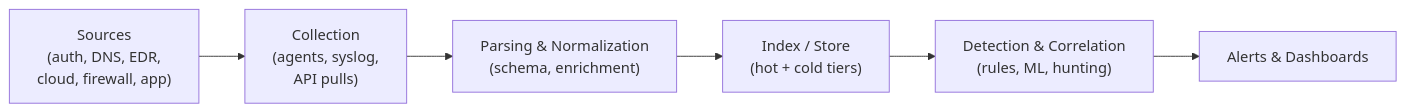
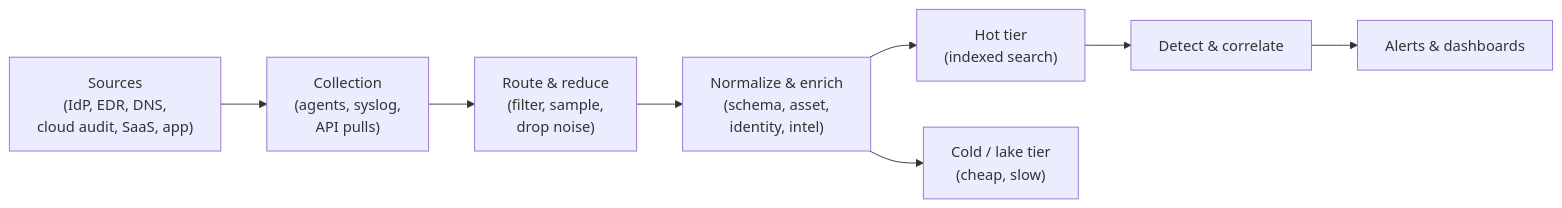
The second of 4 diagrams in github-pages/docs/technology/cybersecurity/security-operations.md (AndrewAltimit/Documentation), drawn with Mermaid before and after one commit. The commit also changed other lines of this file and 240 other files, not shown here.

````diff
--- a/github-pages/docs/technology/cybersecurity/security-operations.md
+++ b/github-pages/docs/technology/cybersecurity/security-operations.md
@@ -72,8 +88,10 @@
 ```mermaid
 flowchart LR
-    S["Sources<br/>(auth, DNS, EDR,<br/>cloud, firewall, app)"] --> C["Collection<br/>(agents, syslog,<br/>API pulls)"]
-    C --> P["Parsing &amp; Normalization<br/>(schema, enrichment)"]
-    P --> I["Index / Store<br/>(hot + cold tiers)"]
-    I --> D["Detection &amp; Correlation<br/>(rules, ML, hunting)"]
-    D --> A["Alerts &amp; Dashboards"]
+    S["Sources<br/>(IdP, EDR, DNS,<br/>cloud audit, SaaS, app)"] --> C["Collection<br/>(agents, syslog,<br/>API pulls)"]
+    C --> R["Route &amp; reduce<br/>(filter, sample,<br/>drop noise)"]
+    R --> N["Normalize &amp; enrich<br/>(schema, asset,<br/>identity, intel)"]
+    N --> H["Hot tier<br/>(indexed search)"]
+    N --> L["Cold / lake tier<br/>(cheap, slow)"]
+    H --> D["Detect &amp; correlate"]
+    D --> A["Alerts &amp; dashboards"]
 ```
````
